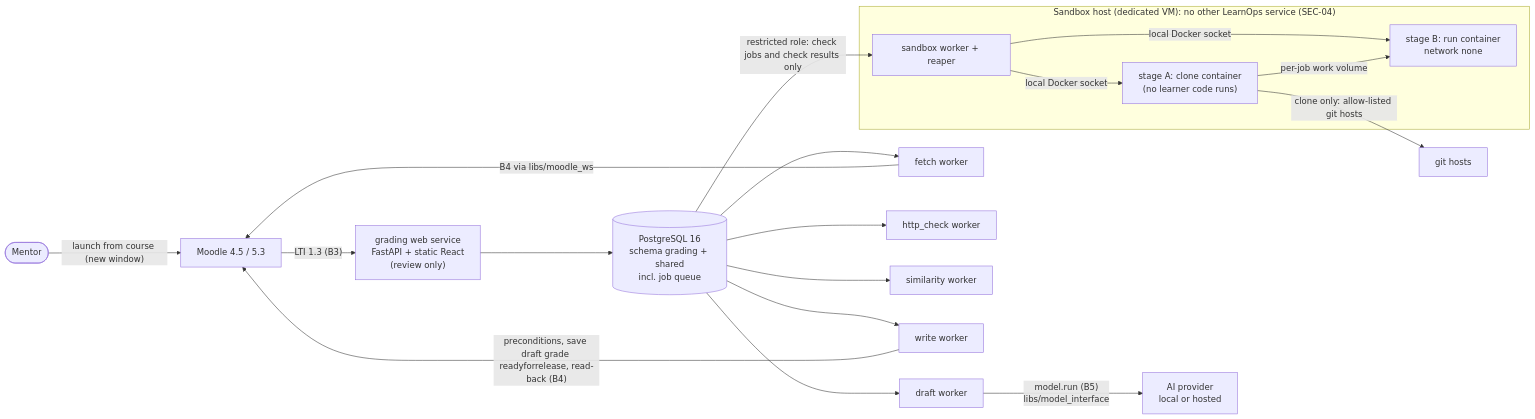
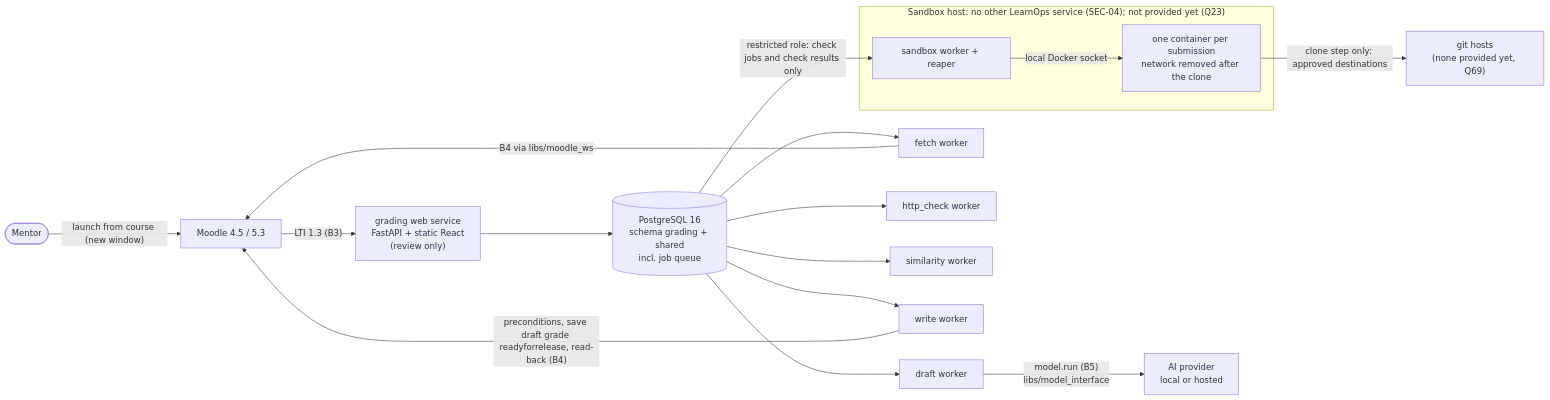
One commit to narenccode/learnops changed the diagram in docs/design/grading.md. Above: the diagram before and after it, drawn with Mermaid. The commit also changed other lines of this file, not shown here.

````diff
--- a/docs/design/grading.md
+++ b/docs/design/grading.md
@@ -100,21 +112,19 @@
 ```mermaid
 flowchart LR
  MENTOR(["Mentor"]) -- "launch from course (new window)" --> MOODLE["Moodle 4.5 / 5.3"]
  MOODLE -- "LTI 1.3 (B3)" --> WEB["grading web service<br/>FastAPI + static React<br/>(review only)"]
  WEB --> DB[("PostgreSQL 16<br/>schema grading + shared<br/>incl. job queue")]
  DB --> FETCH["fetch worker"]
  DB --> HTTP["http_check worker"]
  DB --> DRAFT["draft worker"]
  DB --> SIM["similarity worker"]
  DB --> WRITE["write worker"]
  DB -- "restricted role: check jobs and check results only" --> SBW
  FETCH -- "B4 via libs/moodle_ws" --> MOODLE
  WRITE -- "preconditions, save draft grade readyforrelease, read-back (B4)" --> MOODLE
  DRAFT -- "model.run (B5)<br/>libs/model_interface" --> AI["AI provider<br/>local or hosted"]
- subgraph SBH["Sandbox host (dedicated VM): no other LearnOps service (SEC-04)"]
-  SBW["sandbox worker + reaper"] -- "local Docker socket" --> CA["stage A: clone container<br/>(no learner code runs)"]
-  SBW -- "local Docker socket" --> CB["stage B: run container<br/>network none"]
-  CA -- "per-job work volume" --> CB
+ subgraph SBH["Sandbox host: no other LearnOps service (SEC-04); not provided yet (Q23)"]
+  SBW["sandbox worker + reaper"] -- "local Docker socket" --> CB["one container per submission<br/>network removed after the clone"]
  end
- CA -- "clone only: allow-listed git hosts" --> GIT["git hosts"]
+ CB -- "clone step only: approved destinations" --> GIT["git hosts<br/>(none provided yet, Q69)"]
 ```
````
